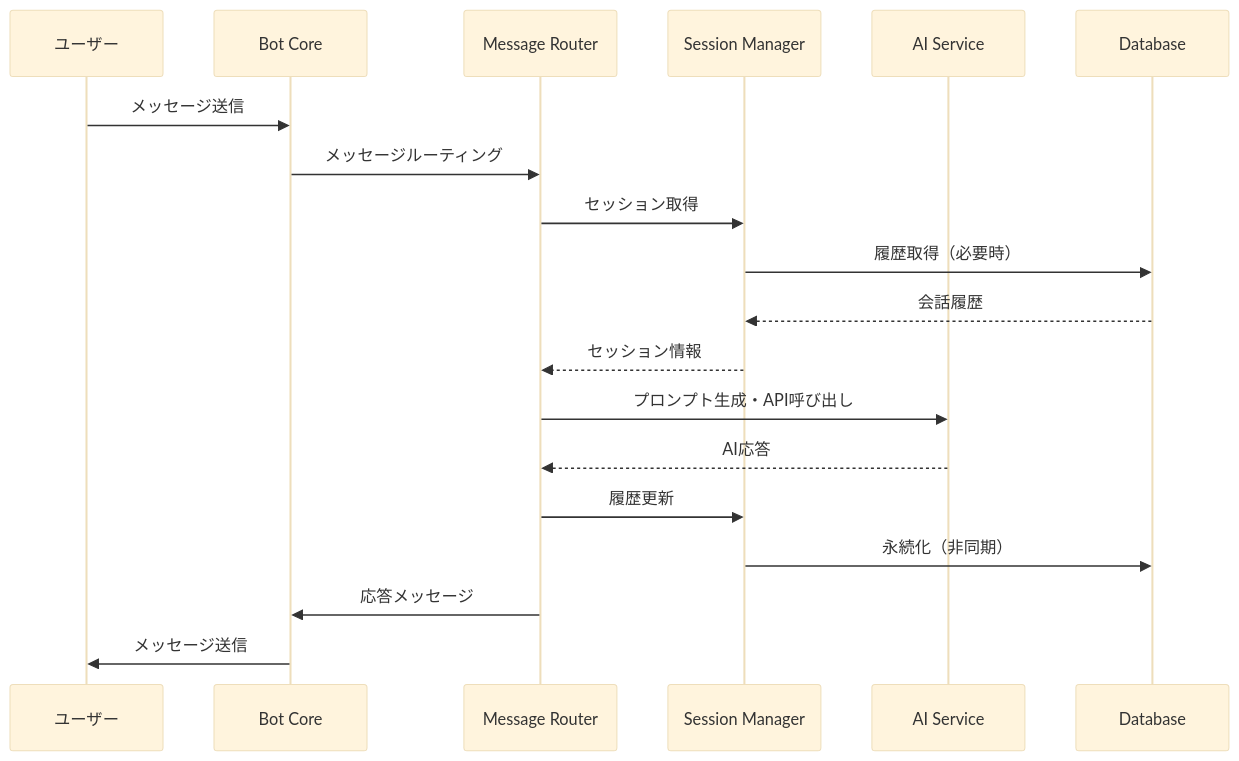
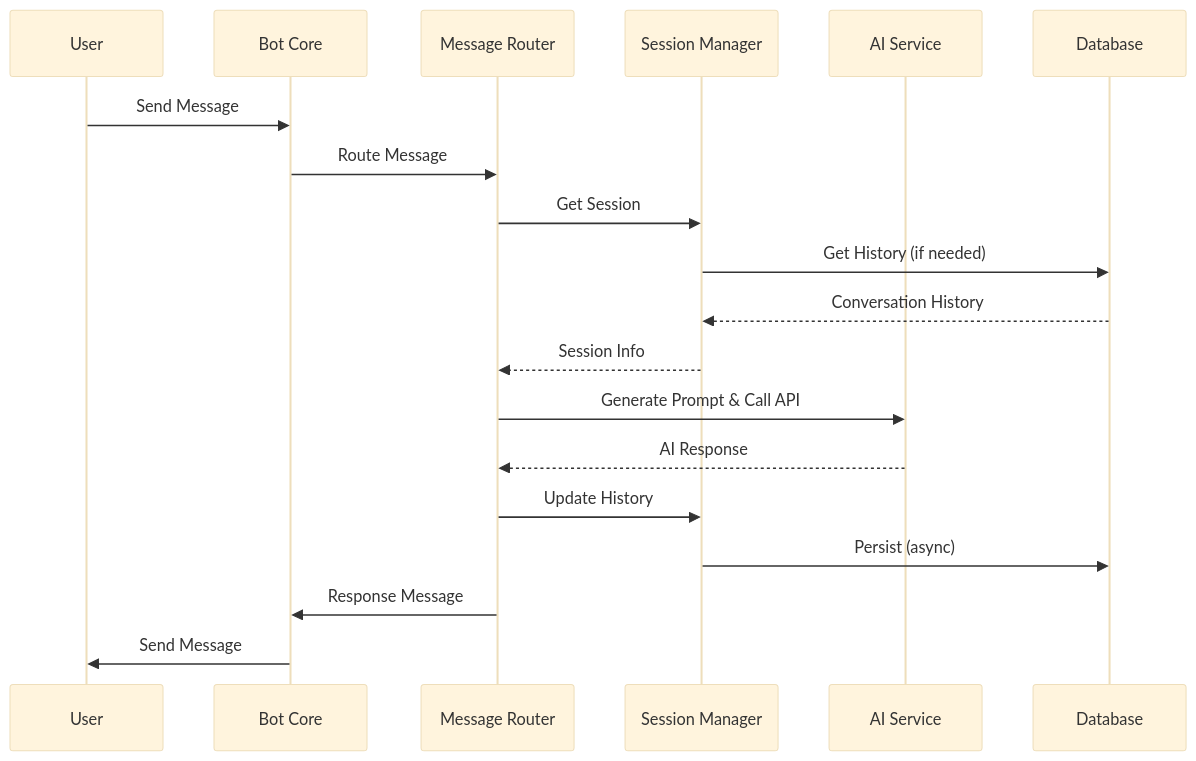
One commit to fluxrozin/kotonoha-bot changed the third of 4 diagrams in docs/architecture/basic-design.md. Above: the diagram before and after it, drawn with Mermaid (base theme). The commit also changed other lines of this file and 16 other files, not shown here.

````diff
--- a/docs/architecture/basic-design.md
+++ b/docs/architecture/basic-design.md
@@ -112,22 +116,22 @@
 ```mermaid
 sequenceDiagram
-    participant User as ユーザー
+    participant User as User
     participant Bot as Bot Core
     participant Router as Message Router
     participant Session as Session Manager
     participant AI as AI Service
     participant DB as Database
 
-    User->>Bot: メッセージ送信
-    Bot->>Router: メッセージルーティング
-    Router->>Session: セッション取得
-    Session->>DB: 履歴取得（必要時）
-    DB-->>Session: 会話履歴
-    Session-->>Router: セッション情報
-    Router->>AI: プロンプト生成・API呼び出し
-    AI-->>Router: AI応答
-    Router->>Session: 履歴更新
-    Session->>DB: 永続化（非同期）
-    Router->>Bot: 応答メッセージ
-    Bot->>User: メッセージ送信
+    User->>Bot: Send Message
+    Bot->>Router: Route Message
+    Router->>Session: Get Session
+    Session->>DB: Get History (if needed)
+    DB-->>Session: Conversation History
+    Session-->>Router: Session Info
+    Router->>AI: Generate Prompt & Call API
+    AI-->>Router: AI Response
+    Router->>Session: Update History
+    Session->>DB: Persist (async)
+    Router->>Bot: Response Message
+    Bot->>User: Send Message
 ```
````
